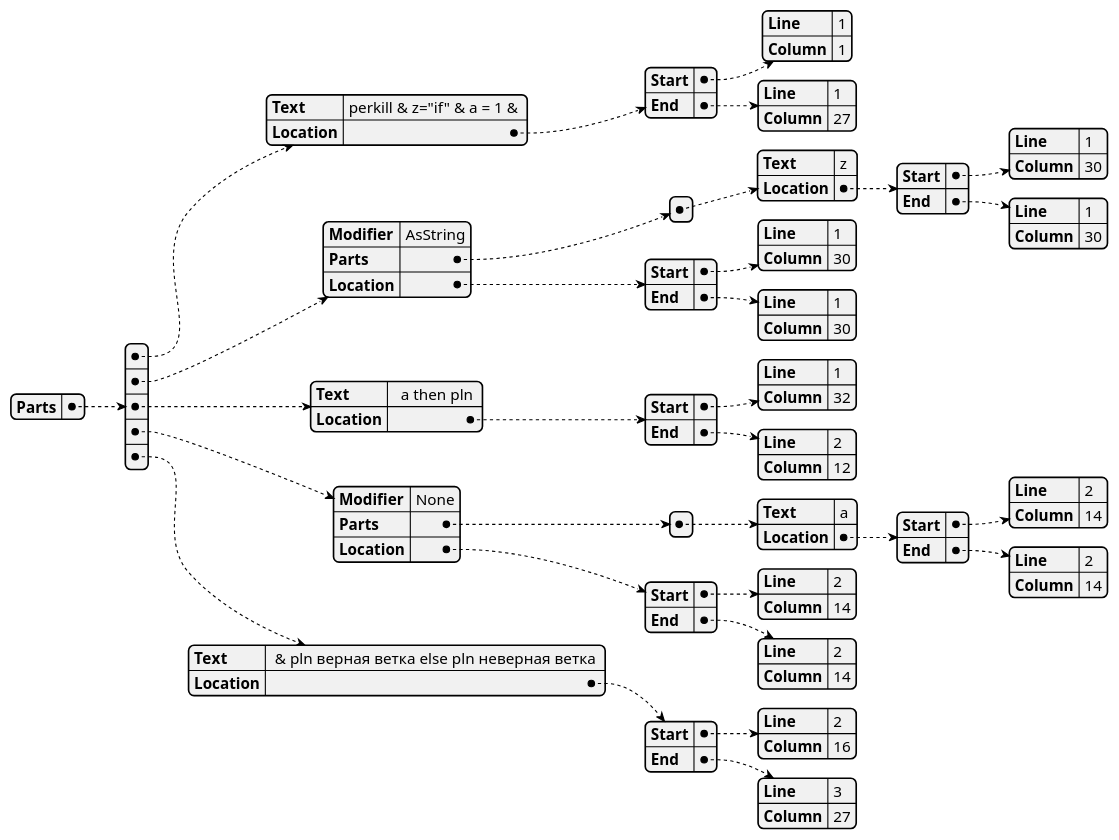
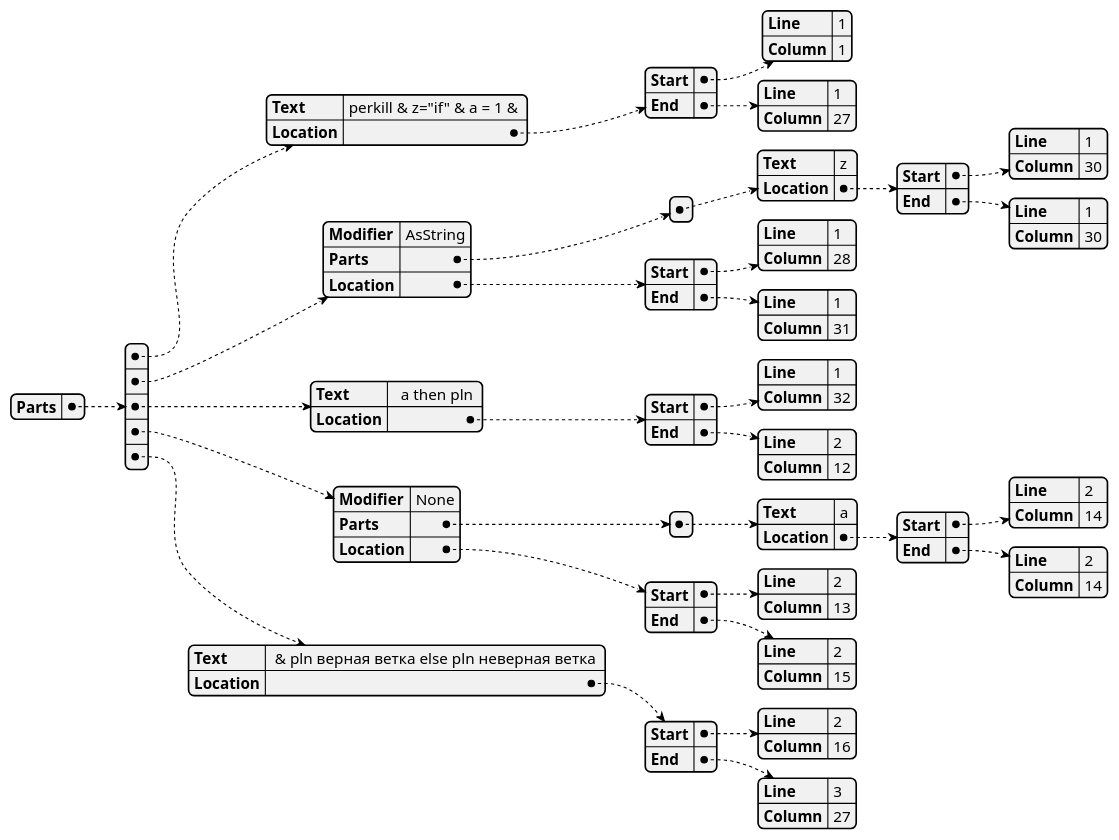
One commit to realsonic/MURQ changed the first of 3 diagrams in Application/MURQ.URQL/docs/URQL parsing.md. Above: the diagram before and after it, drawn with PlantUML. The commit also changed 3 other files, not shown here.

````diff
--- a/Application/MURQ.URQL/docs/URQL parsing.md
+++ b/Application/MURQ.URQL/docs/URQL parsing.md
@@ -73,5 +73,5 @@
 ```plantuml
 @startjson
-{"Parts":[{"Text":"perkill & z=\"if\" & a = 1 & ","Location":{"Start":{"Line":1,"Column":1},"End":{"Line":1,"Column":27}}},{"Modifier":"AsString","Parts":[{"Text":"z","Location":{"Start":{"Line":1,"Column":30},"End":{"Line":1,"Column":30}}}],"Location":{"Start":{"Line":1,"Column":30},"End":{"Line":1,"Column":30}}},{"Text":"  a then pln ","Location":{"Start":{"Line":1,"Column":32},"End":{"Line":2,"Column":12}}},{"Modifier":"None","Parts":[{"Text":"a","Location":{"Start":{"Line":2,"Column":14},"End":{"Line":2,"Column":14}}}],"Location":{"Start":{"Line":2,"Column":14},"End":{"Line":2,"Column":14}}},{"Text":" & pln верная ветка else pln неверная ветка ","Location":{"Start":{"Line":2,"Column":16},"End":{"Line":3,"Column":27}}}]}
+{"Parts":[{"Text":"perkill & z=\"if\" & a = 1 & ","Location":{"Start":{"Line":1,"Column":1},"End":{"Line":1,"Column":27}}},{"Modifier":"AsString","Parts":[{"Text":"z","Location":{"Start":{"Line":1,"Column":30},"End":{"Line":1,"Column":30}}}],"Location":{"Start":{"Line":1,"Column":28},"End":{"Line":1,"Column":31}}},{"Text":"  a then pln ","Location":{"Start":{"Line":1,"Column":32},"End":{"Line":2,"Column":12}}},{"Modifier":"None","Parts":[{"Text":"a","Location":{"Start":{"Line":2,"Column":14},"End":{"Line":2,"Column":14}}}],"Location":{"Start":{"Line":2,"Column":13},"End":{"Line":2,"Column":15}}},{"Text":" & pln верная ветка else pln неверная ветка ","Location":{"Start":{"Line":2,"Column":16},"End":{"Line":3,"Column":27}}}]}
 @endjson
 ```
````
